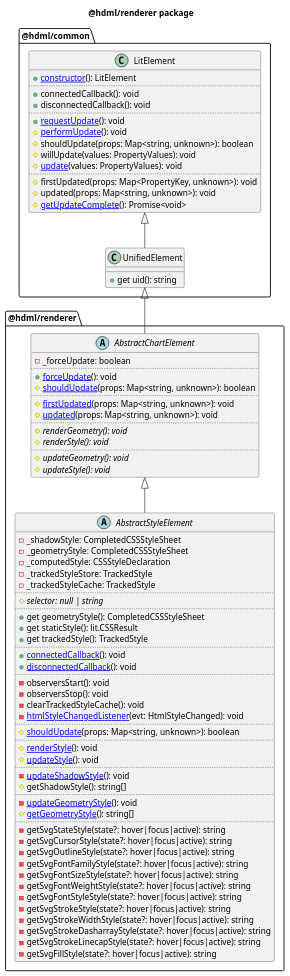
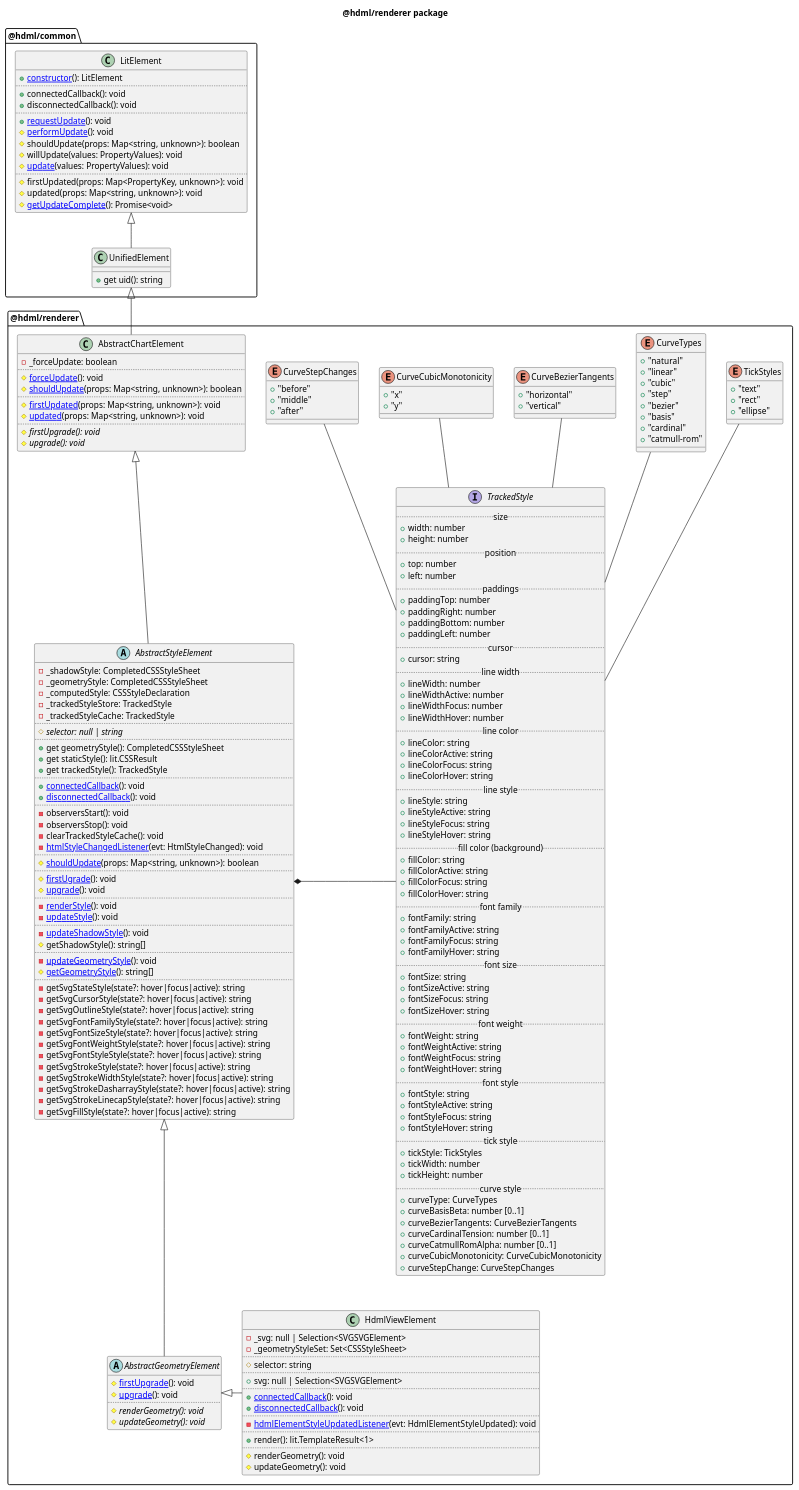
One commit to hdml-github/hdml-github.github.io changed the first of 26 diagrams in puml/renderer.puml. Above: the diagram before and after it, drawn with PlantUML. The commit also changed other lines of this file and 12 other files, not shown here.

```diff
--- a/puml/renderer.puml
+++ b/puml/renderer.puml
@@ -25,160 +25,123 @@
   }
 
   package "@hdml/renderer" as renderer {
-    ' enum TickStyles {
-    '   +"text"
-    '   +"rect"
-    '   +"ellipse"
-    ' }
+    enum TickStyles {
+      +"text"
+      +"rect"
+      +"ellipse"
+    }
 
-    ' enum CurveTypes {
-    '   +"natural"
-    '   +"linear"
-    '   +"cubic"
-    '   +"step"
-    '   +"bezier"
-    '   +"basis"
-    '   +"cardinal"
-    '   +"catmull-rom"
-    ' }
+    enum CurveTypes {
+      +"natural"
+      +"linear"
+      +"cubic"
+      +"step"
+      +"bezier"
+      +"basis"
+      +"cardinal"
+      +"catmull-rom"
+    }
 
-    ' enum CurveBezierTangents {
-    '   +"horizontal"
-    '   +"vertical"
-    ' }
+    enum CurveBezierTangents {
+      +"horizontal"
+      +"vertical"
+    }
 
-    ' enum CurveCubicMonotonicity {
-    '   +"x"
-    '   +"y"
-    ' }
+    enum CurveCubicMonotonicity {
+      +"x"
+      +"y"
+    }
 
-    ' enum CurveStepChanges {
-    '   +"before"
-    '   +"middle"
-    '   +"after"
-    ' }
+    enum CurveStepChanges {
+      +"before"
+      +"middle"
+      +"after"
+    }
 
-    ' interface TrackedStyle {
-    '   ..size..
-    '   +width: number
-    '   +height: number
-    '   ..position..
-    '   +top: number
-    '   +left: number
-    '   ..paddings..
-    '   +paddingTop: number
-    '   +paddingRight: number
-    '   +paddingBottom: number
-    '   +paddingLeft: number
-    '   ..cursor..
-    '   +cursor: string
-    '   ..line width..
-    '   +lineWidth: number
-    '   +lineWidthActive: number
-    '   +lineWidthFocus: number
-    '   +lineWidthHover: number
-    '   ..line color..
-    '   +lineColor: string
-    '   +lineColorActive: string
-    '   +lineColorFocus: string
-    '   +lineColorHover: string
-    '   ..line style..
-    '   +lineStyle: string
-    '   +lineStyleActive: string
-    '   +lineStyleFocus: string
-    '   +lineStyleHover: string
-    '   ..fill color (background)..
-    '   +fillColor: string
-    '   +fillColorActive: string
-    '   +fillColorFocus: string
-    '   +fillColorHover: string
-    '   ..font family..
-    '   +fontFamily: string
-    '   +fontFamilyActive: string
-    '   +fontFamilyFocus: string
-    '   +fontFamilyHover: string
-    '   ..font size..
-    '   +fontSize: string
-    '   +fontSizeActive: string
-    '   +fontSizeFocus: string
-    '   +fontSizeHover: string
-    '   ..font weight..
-    '   +fontWeight: string
-    '   +fontWeightActive: string
-    '   +fontWeightFocus: string
-    '   +fontWeightHover: string
-    '   ..font style..
-    '   +fontStyle: string
-    '   +fontStyleActive: string
-    '   +fontStyleFocus: string
-    '   +fontStyleHover: string
-    '   ..tick style..
-    '   +tickStyle: TickStyles
-    '   +tickWidth: number
-    '   +tickHeight: number
-    '   ..curve style..
-    '   +curveType: CurveTypes
-    '   +curveBasisBeta: number [0..1]
-    '   +curveBezierTangents: CurveBezierTangents
-    '   +curveCardinalTension: number [0..1]
-    '   +curveCatmullRomAlpha: number [0..1]
-    '   +curveCubicMonotonicity: CurveCubicMonotonicity
-    '   +curveStepChange: CurveStepChanges
-    ' }
-    ' TrackedStyle -- TickStyles
-    ' TrackedStyle -- CurveTypes
-    ' TrackedStyle -- CurveBezierTangents
-    ' TrackedStyle -- CurveCubicMonotonicity
-    ' TrackedStyle -- CurveStepChanges
+    interface TrackedStyle {
+      ..size..
+      +width: number
+      +height: number
+      ..position..
+      +top: number
+      +left: number
+      ..paddings..
+      +paddingTop: number
+      +paddingRight: number
+      +paddingBottom: number
+      +paddingLeft: number
+      ..cursor..
+      +cursor: string
+      ..line width..
+      +lineWidth: number
+      +lineWidthActive: number
+      +lineWidthFocus: number
+      +lineWidthHover: number
+      ..line color..
+      +lineColor: string
+      +lineColorActive: string
+      +lineColorFocus: string
+      +lineColorHover: string
+      ..line style..
+      +lineStyle: string
+      +lineStyleActive: string
+      +lineStyleFocus: string
+      +lineStyleHover: string
+      ..fill color (background)..
+      +fillColor: string
+      +fillColorActive: string
+      +fillColorFocus: string
+      +fillColorHover: string
+      ..font family..
+      +fontFamily: string
+      +fontFamilyActive: string
+      +fontFamilyFocus: string
+      +fontFamilyHover: string
+      ..font size..
+      +fontSize: string
+      +fontSizeActive: string
+      +fontSizeFocus: string
+      +fontSizeHover: string
+      ..font weight..
+      +fontWeight: string
+      +fontWeightActive: string
+      +fontWeightFocus: string
+      +fontWeightHover: string
+      ..font style..
+      +fontStyle: string
+      +fontStyleActive: string
+      +fontStyleFocus: string
+      +fontStyleHover: string
+      ..tick style..
+      +tickStyle: TickStyles
+      +tickWidth: number
+      +tickHeight: number
+      ..curve style..
+      +curveType: CurveTypes
+      +curveBasisBeta: number [0..1]
+      +curveBezierTangents: CurveBezierTangents
+      +curveCardinalTension: number [0..1]
+      +curveCatmullRomAlpha: number [0..1]
+      +curveCubicMonotonicity: CurveCubicMonotonicity
+      +curveStepChange: CurveStepChanges
+    }
+    TickStyles -- TrackedStyle
+    CurveTypes -- TrackedStyle
+    CurveBezierTangents -- TrackedStyle
+    CurveCubicMonotonicity -- TrackedStyle
+    CurveStepChanges -- TrackedStyle
 
-    ' abstract class AbstractChartElement {
-    '   -_view: null | HdmlViewElement
-    '   -_ssheet: CompletedCSSStyleSheet
-    '   -_styles: CSSStyleDeclaration
-    '   -_cache: null | TrackedStyles
-    '   -_stored: TrackedStyles
-    '   ..
-    '   #{abstract} geometrySelector: null | string
-    '   ..
-    '   +get view(): null | HdmlViewElement
-    '   +get styles(): CSSStyleDeclaration
-    '   +get tracked(): TrackedStyles
-    '   +get stored(): TrackedStyles
-    '   ..
-    '   +constructor(): AbstractChartElement
-    '   ..
-    '   +connectedCallback(): void
-    '   +disconnectedCallback(): void
-    '   +shouldUpdate(props: Map<string, unknown>): boolean
-    '   ..
-    '   #firstUpdated(props: Map<PropertyKey, unknown>): void
-    '   #updated(props: Map<string, unknown>): void
-    '   #resetStylesheets(sheets: CSSStyleSheet[]): void
-    '   #updateStyles(): void
-    '   ..
-    '   #{abstract} renderGeometry(): void
-    '   #{abstract} updateGeometry(): void
-    '   ..
-    '   -stylesChangedListener(): void
-    '   -getStaticStyles(): lit.CSSResult
-    ' }
-    ' UnifiedElement <|-- AbstractChartElement
-    ' AbstractChartElement *-- TrackedStyle
-
-    abstract class AbstractChartElement {
+    class AbstractChartElement {
       -_forceUpdate: boolean
       ..
-      +[[./AbstractChartElement_forceUpdate.svg forceUpdate]](): void
+      #[[./AbstractChartElement_forceUpdate.svg forceUpdate]](): void
       #[[./AbstractChartElement_shouldUpdate.svg shouldUpdate]](props: Map<string, unknown>): boolean
       ..
       #[[./AbstractChartElement_firstUpdated.svg firstUpdated]](props: Map<string, unknown>): void
       #[[./AbstractChartElement_updated.svg updated]](props: Map<string, unknown>): void
       ..
-      #{abstract} renderGeometry(): void
-      #{abstract} renderStyle(): void
-      ..
-      #{abstract} updateGeometry(): void
-      #{abstract} updateStyle(): void
+      #{abstract} firstUpgrade(): void
+      #{abstract} upgrade(): void
     }
     UnifiedElement <|-- AbstractChartElement
 
@@ -205,8 +168,11 @@
       ..
       #[[./AbstractStyleElement_shouldUpdate.svg shouldUpdate]](props: Map<string, unknown>): boolean
       ..
-      #[[./AbstractStyleElement_renderStyle.svg renderStyle]](): void
-      #[[./AbstractStyleElement_updateStyle.svg updateStyle]](): void
+      #[[./AbstractStyleElement_firstUpgrade.svg firstUgrade]](): void
+      #[[./AbstractStyleElement_upgrade.svg upgrade]](): void
+      ..
+      -[[./AbstractStyleElement_renderStyle.svg renderStyle]](): void
+      -[[./AbstractStyleElement_updateStyle.svg updateStyle]](): void
       ..
       -[[./AbstractStyleElement_updateShadowStyle.svg updateShadowStyle]](): void
       #getShadowStyle(): string[]
@@ -228,5 +194,35 @@
       -getSvgFillStyle(state?: hover|focus|active): string
     }
     AbstractChartElement <|-- AbstractStyleElement
+    AbstractStyleElement *- TrackedStyle
+
+    abstract class AbstractGeometryElement {
+      #[[./AbstractGeometryElement_firstUpgrade.svg firstUpgrade]](): void
+      #[[./AbstractGeometryElement_upgrade.svg upgrade]](): void
+      ..
+      #{abstract} renderGeometry(): void
+      #{abstract} updateGeometry(): void
+    }
+    AbstractStyleElement <|-- AbstractGeometryElement
+
+    class HdmlViewElement {
+      -_svg: null | Selection<SVGSVGElement>
+      -_geometryStyleSet: Set<CSSStyleSheet>
+      ..
+      #selector: string
+      ..
+      +svg: null | Selection<SVGSVGElement>
+      ..
+      +[[./HdmlViewElement_connectedCallback.svg connectedCallback]](): void
+      +[[./HdmlViewElement_disconnectedCallback.svg disconnectedCallback]](): void
+      ..
+      -[[./HdmlViewElement_hdmlElementStyleUpdatedListener.svg hdmlElementStyleUpdatedListener]](evt: HdmlElementStyleUpdated): void
+      ..
+      +render(): lit.TemplateResult<1>
+      ..
+      #renderGeometry(): void
+      #updateGeometry(): void
+    }
+    AbstractGeometryElement <|- HdmlViewElement
   }
 @enduml
```
